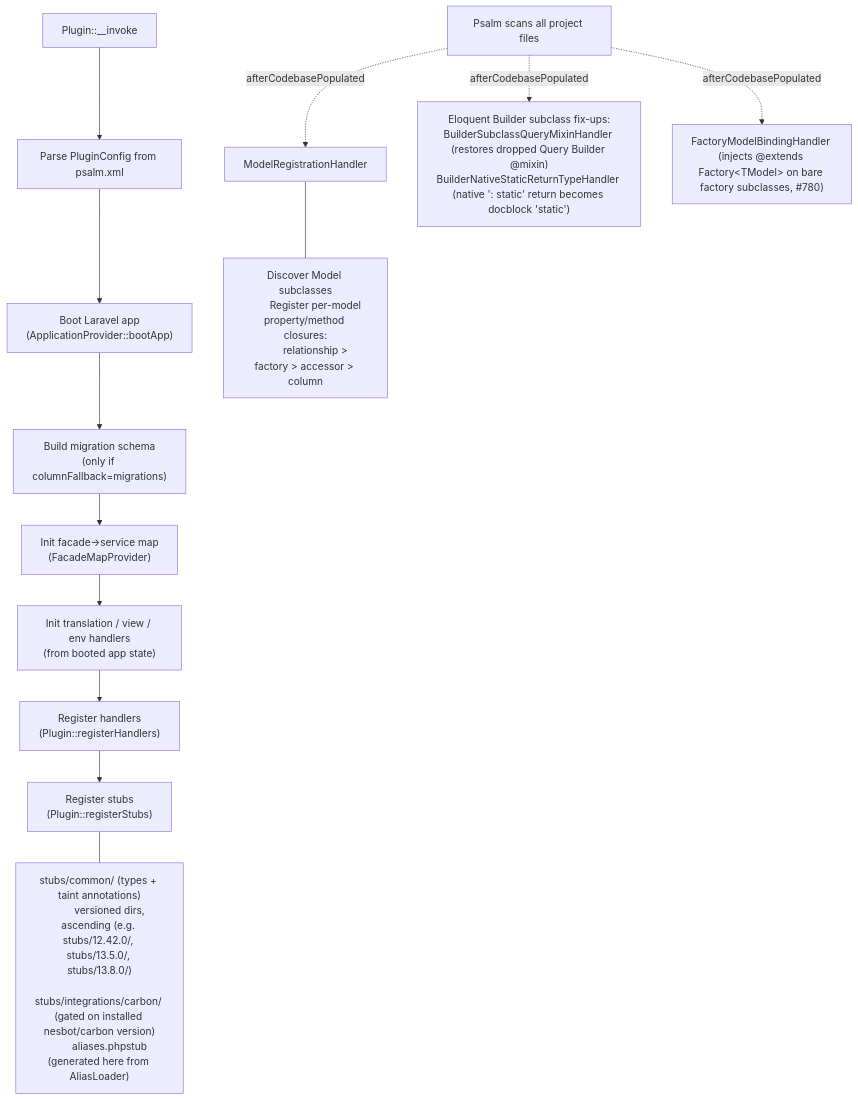
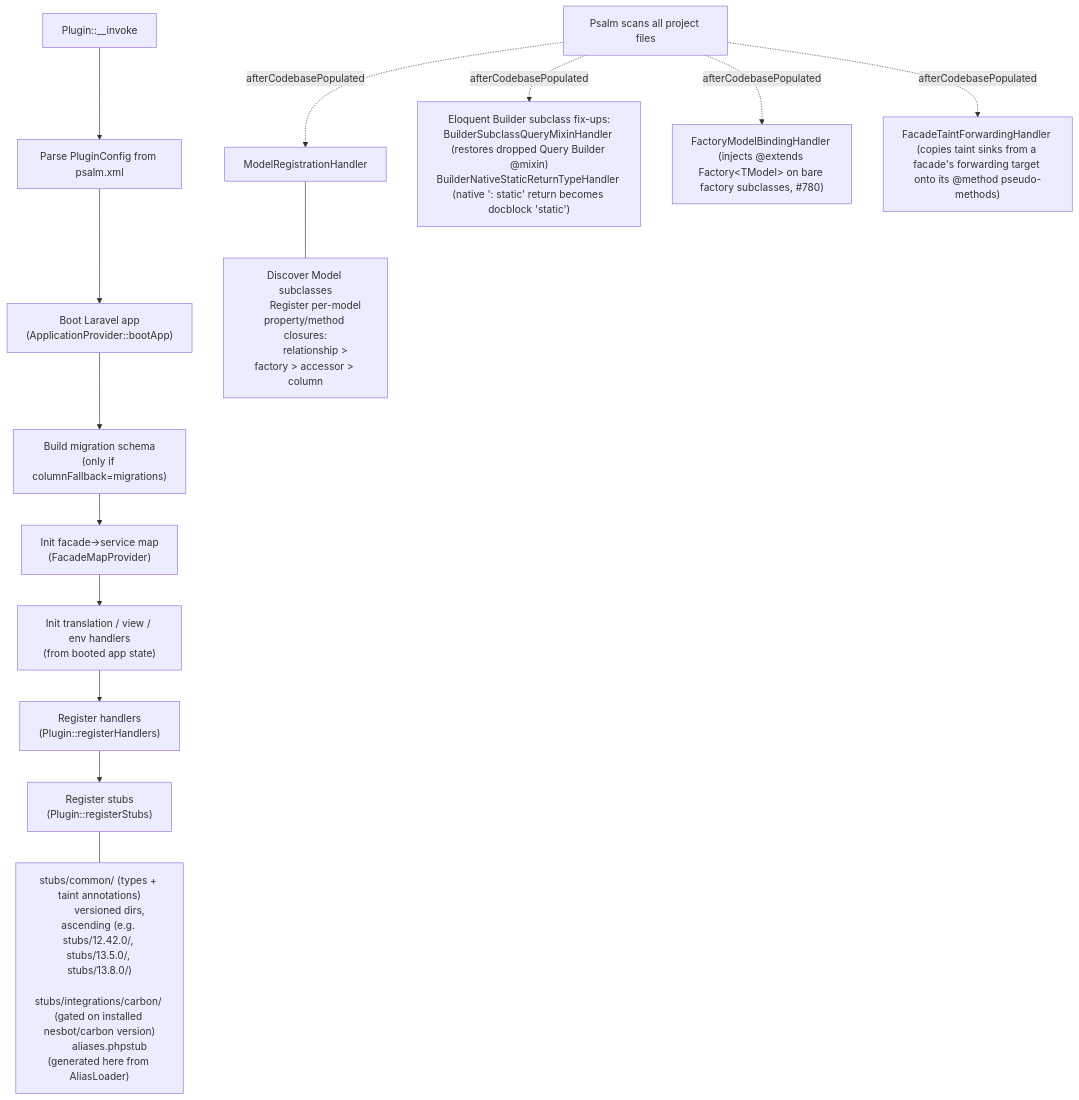
The first of 2 diagrams in docs/contributing/README.md (psalm/psalm-plugin-laravel), drawn with Mermaid before and after one commit. The commit also changed 1 other file, not shown here.

Commit message:
docs(taint): document facade sink forwarding
The old text claimed `DB::unprepared()` was affected; it is not, because the DB
facade declares real statics in its own stub. Replace it with the actual
mechanism, the two ways the plugin closes it, what remains uncovered, and how to
map another facade.

````diff
--- a/docs/contributing/README.md
+++ b/docs/contributing/README.md
@@ -19,26 +19,27 @@
 ```mermaid
 flowchart TD
     A["Plugin::__invoke"] --> B["Parse PluginConfig from psalm.xml"]
     B --> C["Boot Laravel app\n(ApplicationProvider::bootApp)"]
     C --> D["Build migration schema\n(only if columnFallback=migrations)"]
     D --> E["Init facade→service map\n(FacadeMapProvider)"]
     E --> F["Init translation / view / env handlers\n(from booted app state)"]
     F --> G["Register handlers\n(Plugin::registerHandlers)"]
     G --> H["Register stubs\n(Plugin::registerStubs)"]
 
     H --- stubs["
         stubs/common/ (types + taint annotations)
         versioned dirs, ascending (e.g. stubs/12.42.0/, stubs/13.5.0/, stubs/13.8.0/)
         stubs/integrations/carbon/ (gated on installed nesbot/carbon version)
         aliases.phpstub (generated here from AliasLoader)
     "]
 
     I["Psalm scans all project files"] -.->|afterCodebasePopulated| J["ModelRegistrationHandler"]
     I -.->|afterCodebasePopulated| K["Eloquent Builder subclass fix-ups:\nBuilderSubclassQueryMixinHandler (restores dropped Query Builder @mixin)\nBuilderNativeStaticReturnTypeHandler (native ': static' return becomes docblock 'static')"]
     I -.->|afterCodebasePopulated| FMB["FactoryModelBindingHandler (injects @extends Factory&lt;TModel&gt; on bare factory subclasses, #780)"]
+    I -.->|afterCodebasePopulated| FTF["FacadeTaintForwardingHandler (copies taint sinks from a facade's forwarding target onto its @method pseudo-methods)"]
     J --- models["
         Discover Model subclasses
         Register per-model property/method closures:
         relationship > factory > accessor > column
     "]
 ```
````
